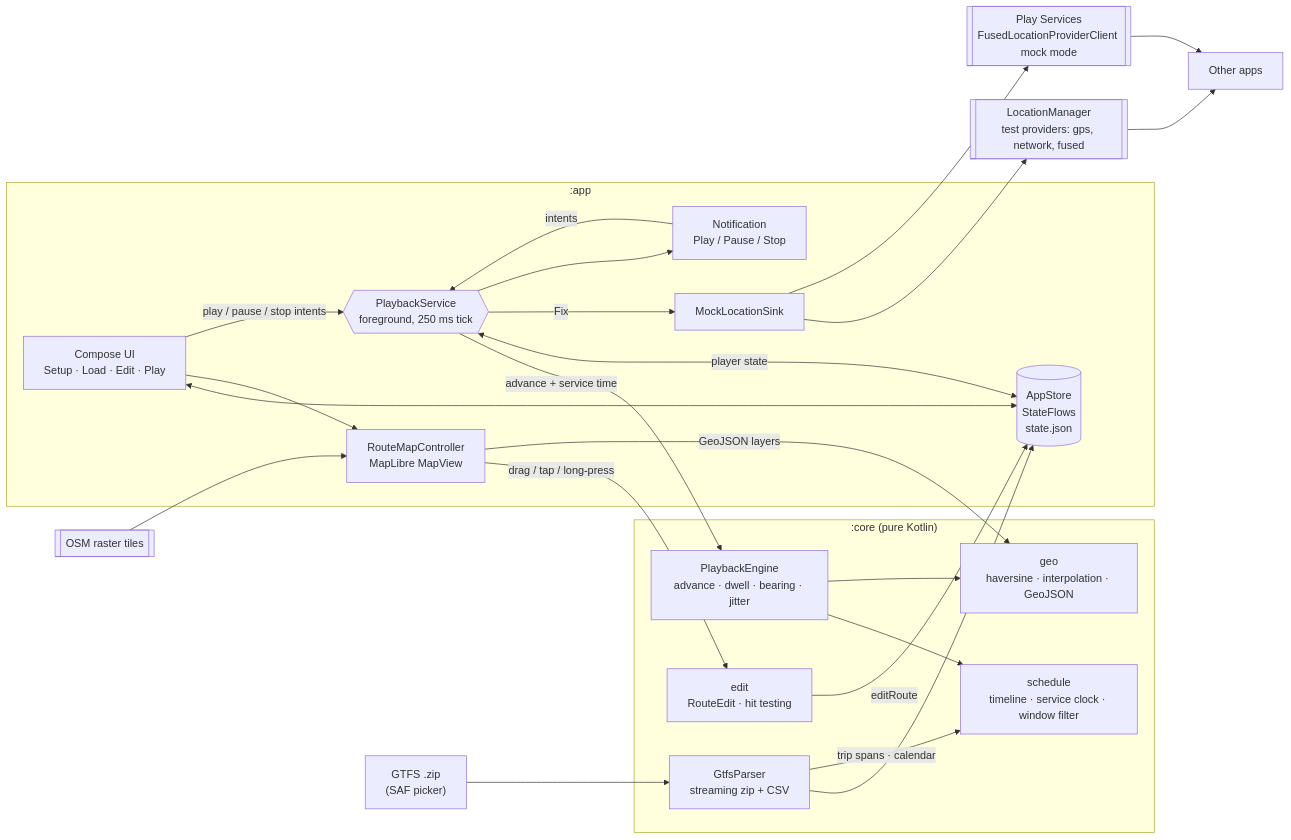
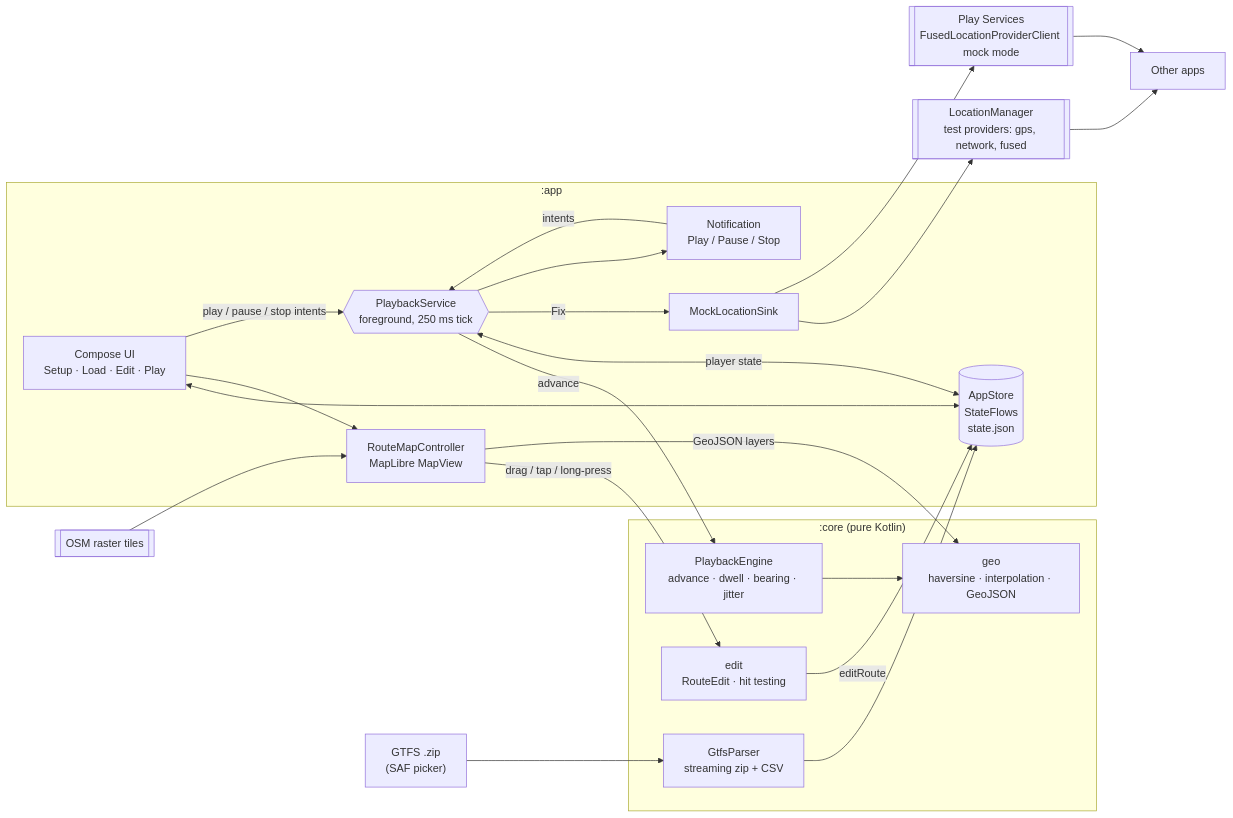
One commit to maxmini-dev/adb-gps-playback changed the diagram in android/README.md. Above: the diagram before and after it, drawn with Mermaid. The commit also changed other lines of this file and 22 other files, not shown here.

````diff
--- a/android/README.md
+++ b/android/README.md
@@ -78,44 +65,41 @@
 ```mermaid
 flowchart LR
   Zip["GTFS .zip<br/>(SAF picker)"]
 
   subgraph core [":core (pure Kotlin)"]
     Parser["GtfsParser<br/>streaming zip + CSV"]
     Engine["PlaybackEngine<br/>advance · dwell · bearing · jitter"]
-    Sched["schedule<br/>timeline · service clock · window filter"]
     Geo["geo<br/>haversine · interpolation · GeoJSON"]
     Edits["edit<br/>RouteEdit · hit testing"]
   end
 
   subgraph app [":app"]
     UI["Compose UI<br/>Setup · Load · Edit · Play"]
     Map["RouteMapController<br/>MapLibre MapView"]
     Store[("AppStore<br/>StateFlows<br/>state.json")]
     Svc{{"PlaybackService<br/>foreground, 250 ms tick"}}
     Sink["MockLocationSink"]
     Notif["Notification<br/>Play / Pause / Stop"]
   end
 
   LM[["LocationManager<br/>test providers: gps, network, fused"]]
   FLP[["Play Services<br/>FusedLocationProviderClient mock mode"]]
   Apps["Other apps"]
 
   Zip --> Parser --> Store
   UI <--> Store
   UI --> Map
   Map -->|drag / tap / long-press| Edits
   Edits -->|editRoute| Store
   Map -->|GeoJSON layers| Geo
   Tiles[["OSM raster tiles"]] --> Map
   UI -->|play / pause / stop intents| Svc
   Notif -->|intents| Svc
-  Svc -->|advance + service time| Engine
-  Engine --> Sched
-  Parser -->|trip spans · calendar| Sched
+  Svc -->|advance| Engine
   Engine --> Geo
   Svc <-->|player state| Store
   Svc -->|Fix| Sink
   Sink --> LM --> Apps
   Sink --> FLP --> Apps
   Svc --> Notif
 ```
````
